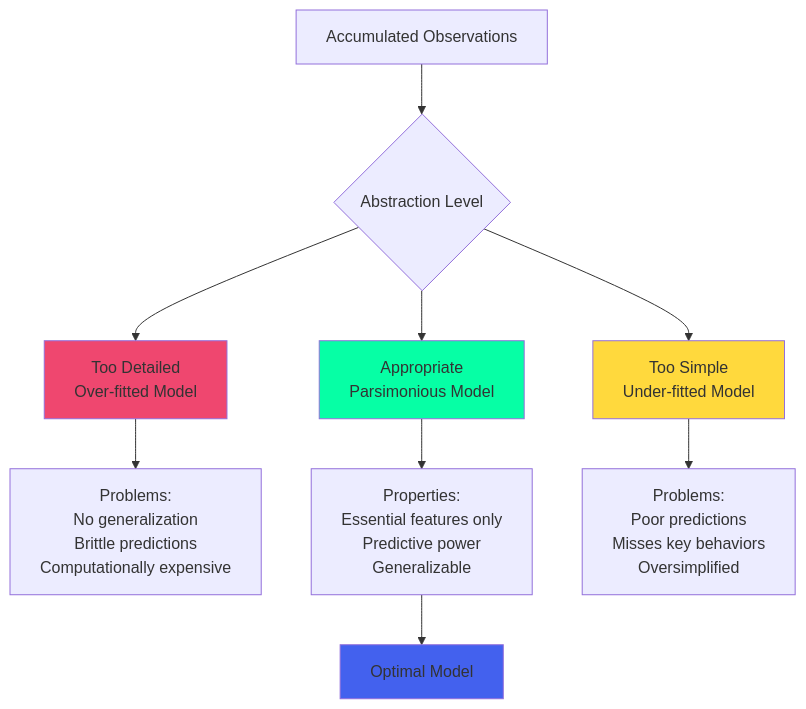
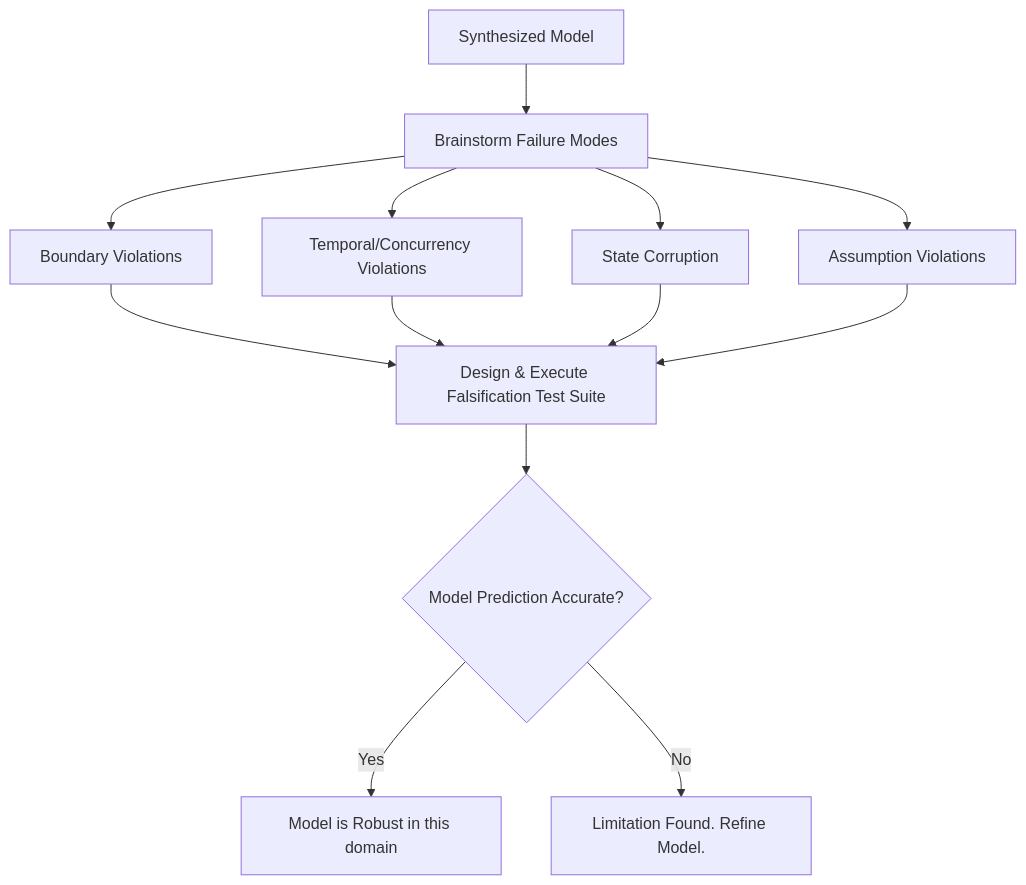
Diagram 12 of 13 in system_reverse_engineering.md (NikolasMarkou/prompt_collections), drawn with Mermaid before and after one commit. The commit also changed other lines of this file, not shown here.

````diff
--- a/system_reverse_engineering.md
+++ b/system_reverse_engineering.md
@@ -851,21 +308,12 @@
-```mermaid
-graph TD
-    A[Accumulated Observations] --> B{Abstraction Level}
-    
-    B --> C[Too Detailed<br/>Over-fitted Model]
-    B --> D[Appropriate<br/>Parsimonious Model]
-    B --> E[Too Simple<br/>Under-fitted Model]
-    
-    C --> F[Problems:<br/>No generalization<br/>Brittle predictions<br/>Computationally expensive]
-    
-    D --> G[Properties:<br/>Essential features only<br/>Predictive power<br/>Generalizable]
-    
-    E --> H[Problems:<br/>Poor predictions<br/>Misses key behaviors<br/>Oversimplified]
-    
-    G --> I[Optimal Model]
-    
-    style C fill:#ef476f
-    style D fill:#06ffa5
-    style E fill:#ffd93d
-    style I fill:#4361ee
-```
+        ```mermaid
+        graph TD
+            A[Synthesized Model] --> B[Brainstorm Failure Modes]
+            B --> C1[Boundary Violations]
+            B --> C2[Temporal/Concurrency Violations]
+            B --> C3[State Corruption]
+            B --> C4[Assumption Violations]
+            C1 & C2 & C3 & C4 --> D[Design & Execute Falsification Test Suite]
+            D --> E{Model Prediction Accurate?}
+            E -- Yes --> F[Model is Robust in this domain]
+            E -- No --> G[Limitation Found. Refine Model.]
+        ```
````
